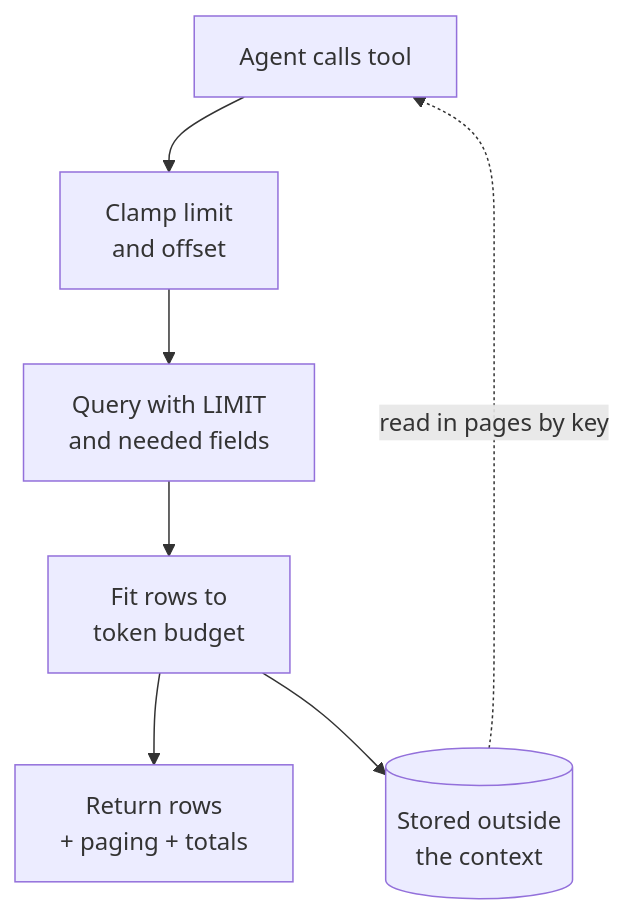
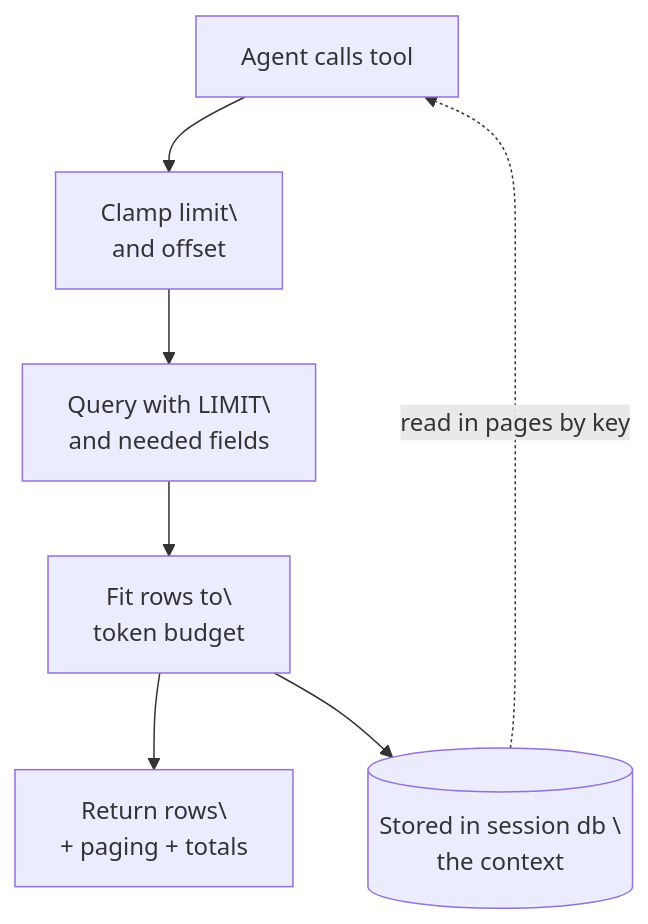
Before and after one commit to mmphego/mmphego.github.io: the diagram in _posts/2026-10-23-a-0-1-second-tool-call-filled-my-agents-context-window.md, drawn with Mermaid. The commit also changed other lines of this file and 3 other files, not shown here.

````diff
--- a/_posts/2026-10-23-a-0-1-second-tool-call-filled-my-agents-context-window.md
+++ b/_posts/2026-10-23-a-0-1-second-tool-call-filled-my-agents-context-window.md
@@ -176,9 +203,9 @@
 ```mermaid
 flowchart TB
-    A[Agent calls tool] --> B[Clamp limit<br/>and offset]
-    B --> C[Query with LIMIT<br/>and needed fields]
-    C --> D[Fit rows to<br/>token budget]
-    D --> E[Return rows<br/>+ paging + totals]
-    D --> F[(Stored outside<br/>the context)]
+    A[Agent calls tool] --> B[Clamp limit\<br/>and offset]
+    B --> C[Query with LIMIT\<br/>and needed fields]
+    C --> D[Fit rows to\<br/>token budget]
+    D --> E[Return rows\<br/>+ paging + totals]
+    D --> F[(Stored in session db \<br/>the context)]
     F -. read in pages by key .-> A
 ```
````
